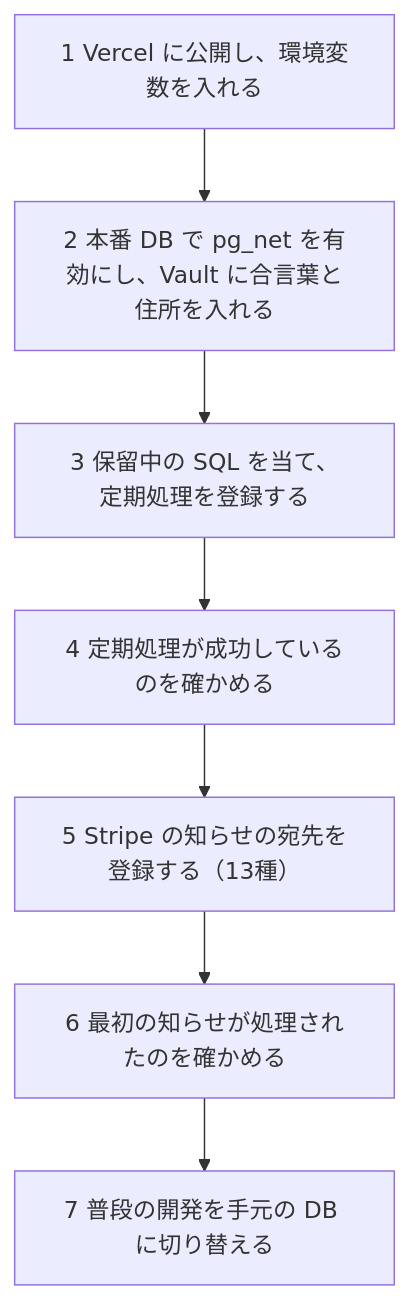
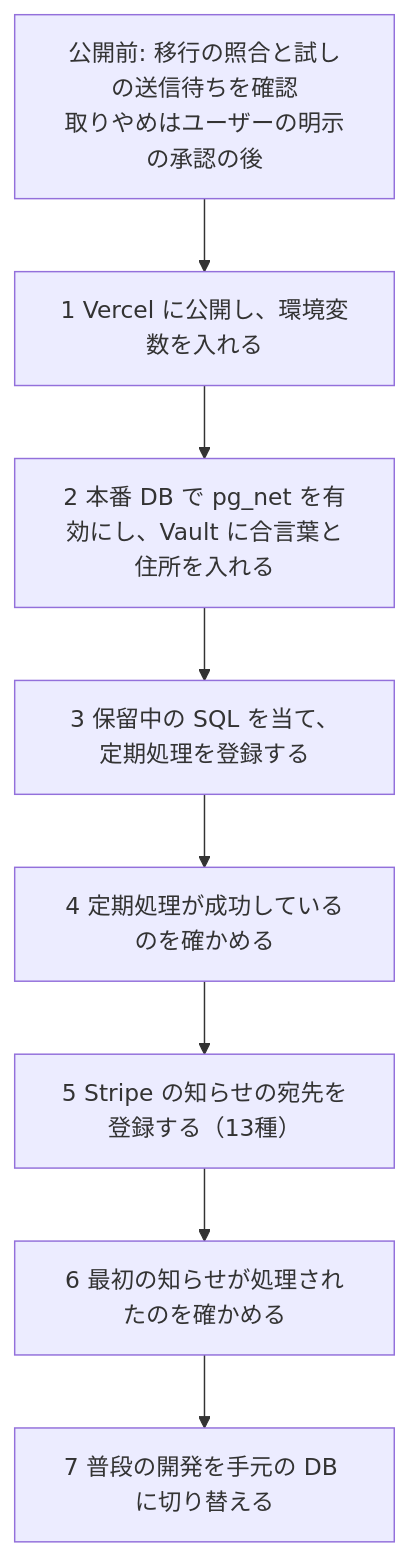
The diagram in docs/06_Operations/webhook-queue-operations.md (ChocoWork/o_official), drawn with Mermaid before and after one commit. The commit also changed other lines of this file and 14 other files, not shown here.

````diff
--- a/docs/06_Operations/webhook-queue-operations.md
+++ b/docs/06_Operations/webhook-queue-operations.md
@@ -32,9 +33,10 @@
 ```mermaid
 flowchart TD
-    A["1 Vercel に公開し、環境変数を入れる"] --> B["2 本番 DB で pg_net を有効にし、Vault に合言葉と住所を入れる"]
+    P["公開前: 移行の照合と試しの送信待ちを確認<br/>取りやめはユーザーの明示の承認の後"] --> A["1 Vercel に公開し、環境変数を入れる"]
+    A --> B["2 本番 DB で pg_net を有効にし、Vault に合言葉と住所を入れる"]
     B --> C["3 保留中の SQL を当て、定期処理を登録する"]
     C --> D["4 定期処理が成功しているのを確かめる"]
     D --> E["5 Stripe の知らせの宛先を登録する（13種）"]
     E --> F["6 最初の知らせが処理されたのを確かめる"]
     F --> G["7 普段の開発を手元の DB に切り替える"]
 ```
````
